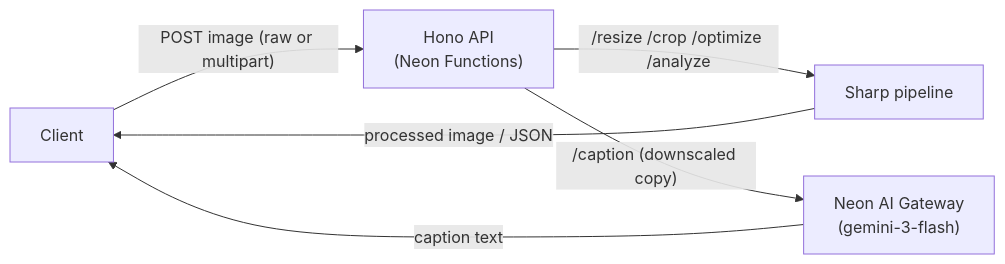
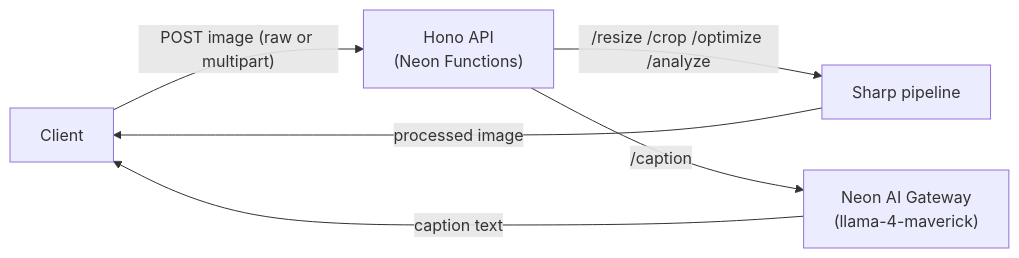
Before and after one commit to neondatabase/website: the diagram in content/guides/image-processing-api-neon-functions.md, drawn with Mermaid. The commit also changed other lines of this file, not shown here.

Commit message:
docs: add neon functions sharp guide

````diff
--- a/content/guides/image-processing-api-neon-functions.md
+++ b/content/guides/image-processing-api-neon-functions.md
@@ -18,8 +18,8 @@
 ```mermaid
 flowchart LR
     Client[Client] -->|"POST image (raw or multipart)"| API["Hono API<br/>(Neon Functions)"]
     API -->|"/resize /crop /optimize /analyze"| Sharp["Sharp pipeline"]
-    Sharp -->|"processed image / JSON"| Client
-    API -->|"/caption (downscaled copy)"| Gateway["Neon AI Gateway<br/>(gemini-3-flash)"]
+    Sharp -->|"processed image"| Client
+    API -->|"/caption"| Gateway["Neon AI Gateway<br/>(llama-4-maverick)"]
     Gateway -->|"caption text"| Client
 ```
````
